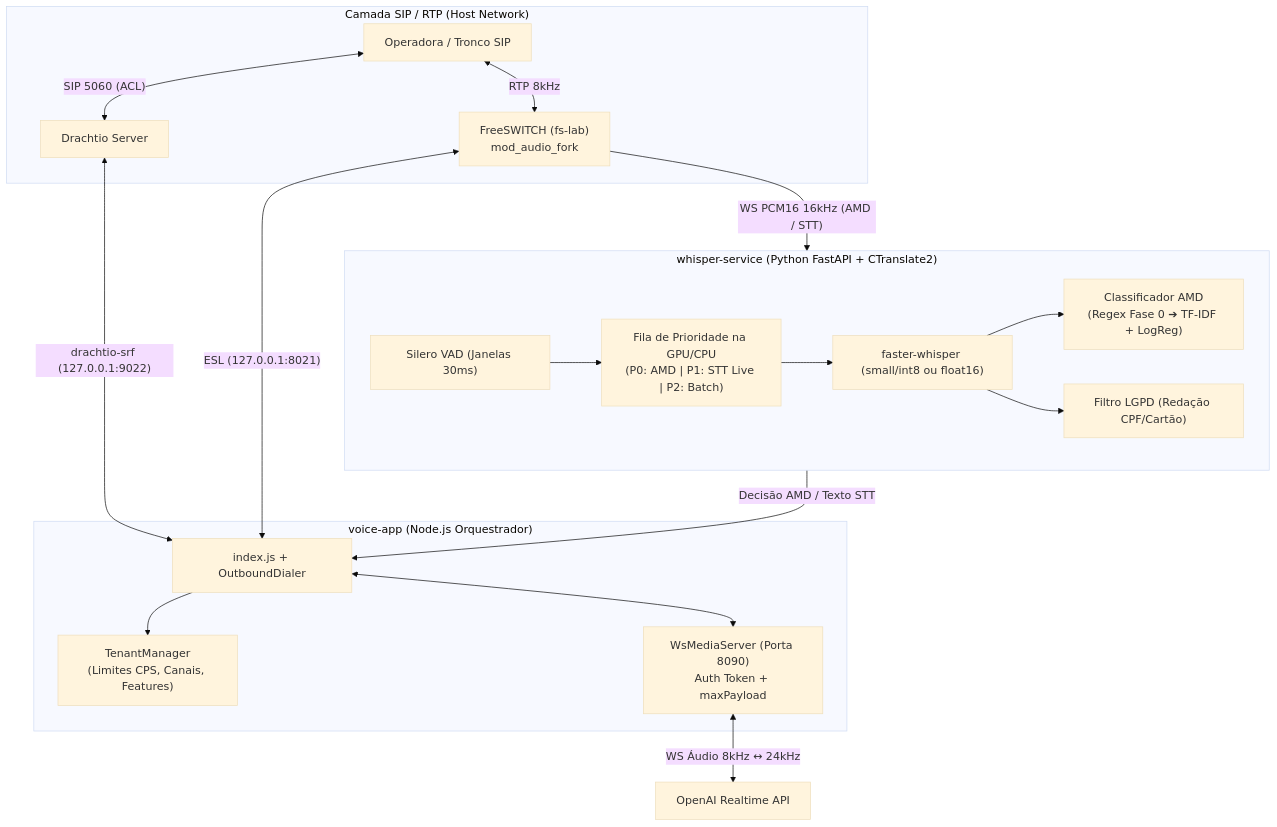
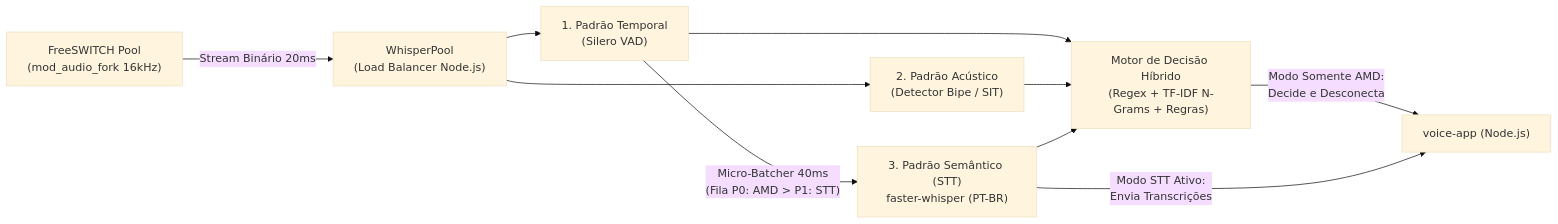
One commit to 10p30pl3/voice-app changed the diagram in docs/PLANO_IMPLANTACAO_AMD_STT.md. Above: the diagram before and after it, drawn with Mermaid (base theme). The commit also changed other lines of this file and 6 other files, not shown here.

Commit message:
feat(scale): impl pool de FreeSWITCH, otimizacao de CPU pos-sonar, g711 nativo e doc aprovada de AMD/STT

````diff
--- a/docs/PLANO_IMPLANTACAO_AMD_STT.md
+++ b/docs/PLANO_IMPLANTACAO_AMD_STT.md
@@ -22,32 +35,14 @@
 ```mermaid
-flowchart TD
-    subgraph Telefonia ["Camada SIP / RTP (Host Network)"]
-        Trunk["Operadora / Tronco SIP"] <-->|"SIP 5060 (ACL)"| Drachtio["Drachtio Server"]
-        Trunk <-->|"RTP 8kHz"| FS["FreeSWITCH (fs-lab)\nmod_audio_fork"]
-    end
-
-    subgraph NodeApp ["voice-app (Node.js Orquestrador)"]
-        Orch["index.js + OutboundDialer"]
-        TM["TenantManager\n(Limites CPS, Canais, Features)"]
-        WSM["WsMediaServer (Porta 8090)\nAuth Token + maxPayload"]
-        Orch --> TM
-        Orch <--> WSM
-    end
-
-    subgraph WhisperSvc ["whisper-service (Python FastAPI + CTranslate2)"]
-        PQ["Fila de Prioridade na GPU/CPU\n(P0: AMD | P1: STT Live | P2: Batch)"]
-        VAD["Silero VAD (Janelas 30ms)"]
-        FW["faster-whisper (small/int8 ou float16)"]
-        CLF["Classificador AMD\n(Regex Fase 0 ➔ TF-IDF + LogReg)"]
-        PII["Filtro LGPD (Redação CPF/Cartão)"]
-        
-        VAD --> PQ --> FW --> CLF
-        FW --> PII
-    end
-
-    Drachtio <-->|"drachtio-srf (127.0.0.1:9022)"| Orch
-    FS <-->|"ESL (127.0.0.1:8021)"| Orch
-    FS -->|"WS PCM16 16kHz (AMD / STT)"| WhisperSvc
-    WhisperSvc -->|"Decisão AMD / Texto STT"| Orch
-    WSM <-->|"WS Áudio 8kHz ↔ 24kHz"| OpenAI["OpenAI Realtime API"]
+flowchart LR
+    FS["FreeSWITCH Pool\n(mod_audio_fork 16kHz)"] -->|"Stream Binário 20ms"| WP["WhisperPool\n(Load Balancer Node.js)"]
+    WP --> VAD["1. Padrão Temporal\n(Silero VAD)"]
+    WP --> TONE["2. Padrão Acústico\n(Detector Bipe / SIT)"]
+    VAD -->|"Micro-Batcher 40ms\n(Fila P0: AMD > P1: STT)"| STT["3. Padrão Semântico (STT)\nfaster-whisper (PT-BR)"]
+    
+    VAD --> ENGINE["Motor de Decisão Híbrido\n(Regex + TF-IDF N-Grams + Regras)"]
+    TONE --> ENGINE
+    STT --> ENGINE
+    
+    ENGINE -->|"Modo Somente AMD:\nDecide e Desconecta"| APP["voice-app (Node.js)"]
+    STT -->|"Modo STT Ativo:\nEnvia Transcrições"| APP
 ```
````
